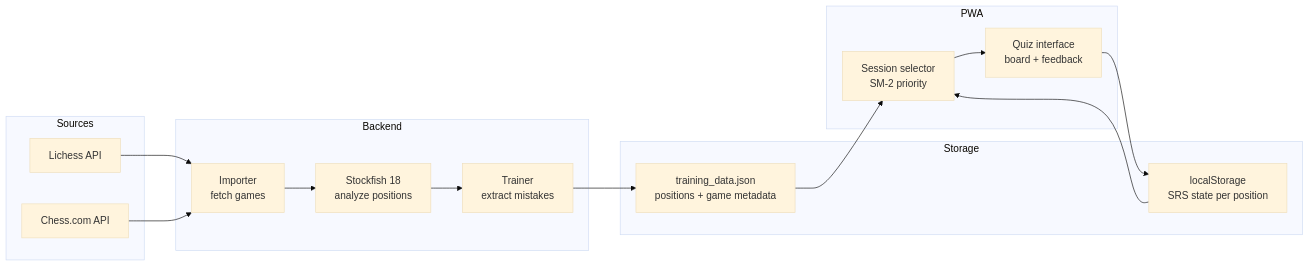
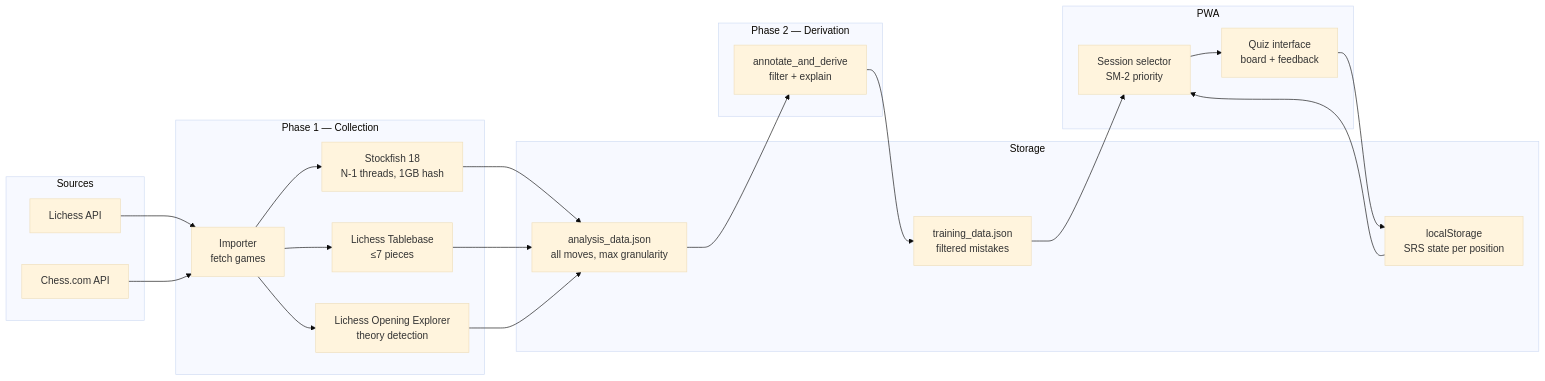
Before and after one commit to Bobain/chess-opening-prep: the first of 2 diagrams in docs/flows/data-flows.md, drawn with Mermaid (base theme). The commit also changed other lines of this file and 2 other files, not shown here.

First line of the commit message:
Update docs: CLI flags, data flows, user flows for new analysis pipeline

````diff
--- a/docs/flows/data-flows.md
+++ b/docs/flows/data-flows.md
@@ -11,33 +11,44 @@
 ```mermaid
 flowchart LR
     subgraph Sources
         LI[Lichess API]
         CC[Chess.com API]
     end
 
-    subgraph Backend
+    subgraph "Phase 1 — Collection"
         IMP[Importer<br/>fetch games]
-        SF[Stockfish 18<br/>analyze positions]
-        TR[Trainer<br/>extract mistakes]
+        SF[Stockfish 18<br/>N-1 threads, 1GB hash]
+        TB[Lichess Tablebase<br/>≤7 pieces]
+        OE[Lichess Opening Explorer<br/>theory detection]
     end
 
     subgraph Storage
-        TD[training_data.json<br/>positions + game metadata]
+        AD[analysis_data.json<br/>all moves, max granularity]
+        TD[training_data.json<br/>filtered mistakes]
         LS[localStorage<br/>SRS state per position]
+    end
+
+    subgraph "Phase 2 — Derivation"
+        DER[annotate_and_derive<br/>filter + explain]
     end
 
     subgraph PWA
         SEL[Session selector<br/>SM-2 priority]
         QUIZ[Quiz interface<br/>board + feedback]
     end
 
     LI --> IMP
     CC --> IMP
     IMP --> SF
-    SF --> TR
-    TR --> TD
+    IMP --> TB
+    IMP --> OE
+    SF --> AD
+    TB --> AD
+    OE --> AD
+    AD --> DER
+    DER --> TD
     TD --> SEL
     LS --> SEL
     SEL --> QUIZ
     QUIZ --> LS
 ```
````
